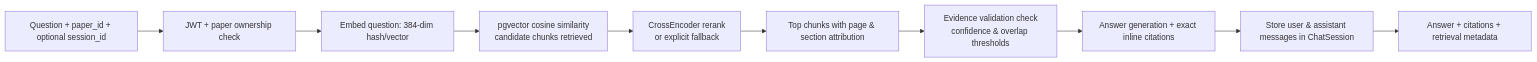
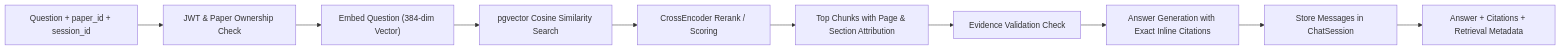
Before and after one commit to pravashsingh775/AI-Research-Paper-Assistant: the fifth of 6 diagrams in Final_Architecture.md, drawn with Mermaid. The commit also changed other lines of this file and 3 other files, not shown here.

Commit message:
fix(docs): resolve Mermaid syntax lexical error on GitHub by quoting node labels

````diff
--- a/Final_Architecture.md
+++ b/Final_Architecture.md
@@ -120,12 +120,12 @@
 ```mermaid
 flowchart LR
-    Question[Question + paper_id + optional session_id] --> Auth[JWT + paper ownership check]
-    Auth --> Vector[Embed question: 384-dim hash/vector]
-    Vector --> PG[pgvector cosine similarity\ncandidate chunks retrieved]
-    PG --> Rerank[CrossEncoder rerank\nor explicit fallback]
-    Rerank --> Context[Top chunks with page & section attribution]
-    Context --> Grounding[Evidence validation check\nconfidence & overlap thresholds]
-    Grounding --> Model[Answer generation + exact inline citations]
-    Model --> Store[Store user & assistant messages in ChatSession]
-    Store --> Response[Answer + citations + retrieval metadata]
+    Question["Question + paper_id + session_id"] --> Auth["JWT & Paper Ownership Check"]
+    Auth --> Vector["Embed Question (384-dim Vector)"]
+    Vector --> PG["pgvector Cosine Similarity Search"]
+    PG --> Rerank["CrossEncoder Rerank / Scoring"]
+    Rerank --> Context["Top Chunks with Page & Section Attribution"]
+    Context --> Grounding["Evidence Validation Check"]
+    Grounding --> Model["Answer Generation with Exact Inline Citations"]
+    Model --> Store["Store Messages in ChatSession"]
+    Store --> Response["Answer + Citations + Retrieval Metadata"]
 ```
````
